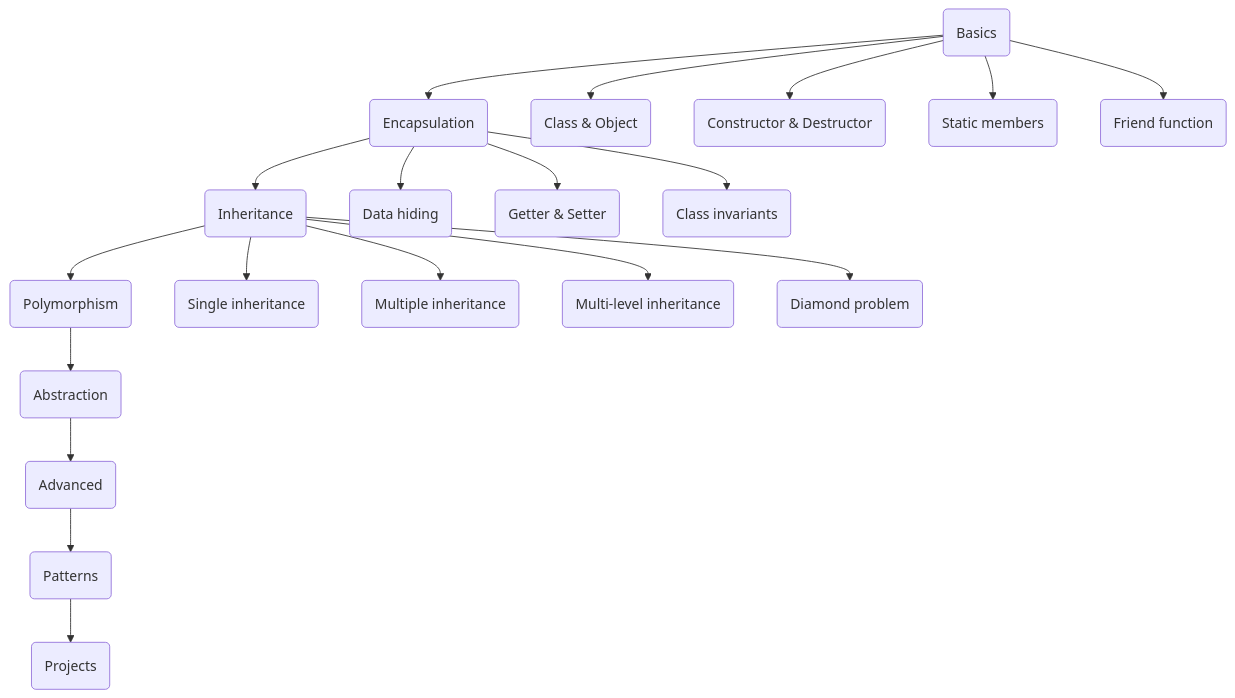
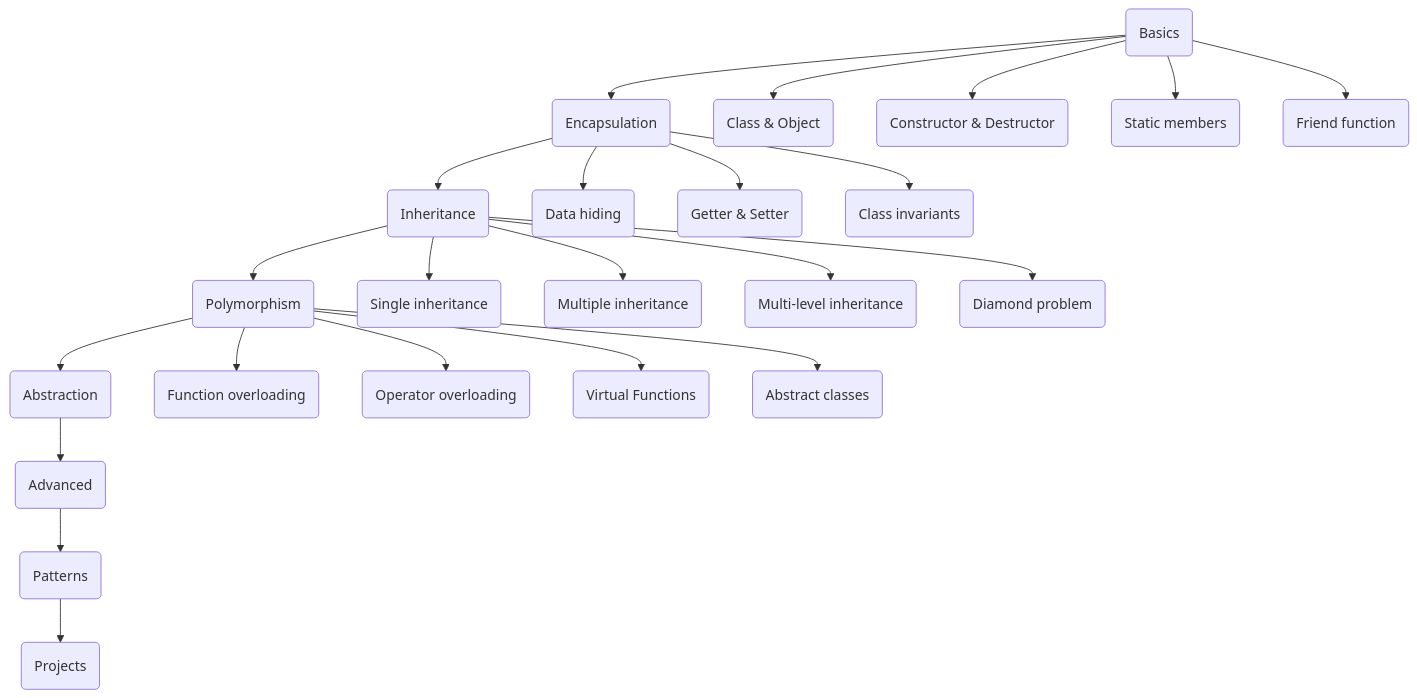
Before and after one commit to AarambhaAnta/oops: the diagram in README.md, drawn with Mermaid.

Commit message:
docs(README): update mermaid diagram with polymorphism files

````diff
--- a/README.md
+++ b/README.md
@@ -349,47 +349,57 @@
 ```mermaid
 graph TD
     A(Basics)
     B(Encapsulation)
     C(Inheritance)
     D(Polymorphism)
     E(Abstraction)
     F(Advanced)
     G(Patterns)
     H(Projects)
 
     A1(Class & Object)
     A2(Constructor & Destructor)
     A3(Static members)
     A4(Friend function)
 
     B1(Data hiding)
     B2(Getter & Setter)
     B3(Class invariants)
 
     C1(Single inheritance)
     C2(Multiple inheritance)
     C3(Multi-level inheritance)
     C4(Diamond problem)
 
+    D1(Function overloading)
+    D2(Operator overloading)
+    D3(Virtual Functions)
+    D4(Abstract classes)
+
     A-->B
     A-->A1
     A-->A2
     A-->A3
     A-->A4
 
-    B-->C
     B-->B1
     B-->B2
     B-->B3
+    B-->C
 
     C-->D
     C-->C1
     C-->C2
     C-->C3
     C-->C4
     
+    D-->D1
+    D-->D2
+    D-->D3
+    D-->D4
     D-->E
+    
     E-->F
     F-->G
     G-->H
 ```
````
